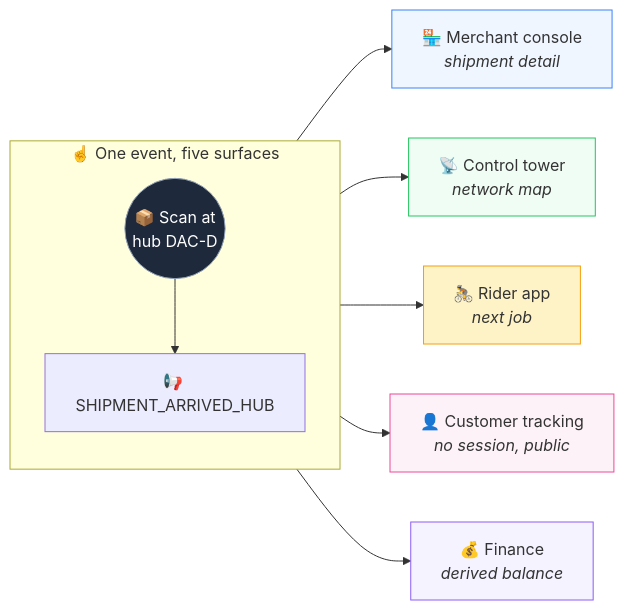
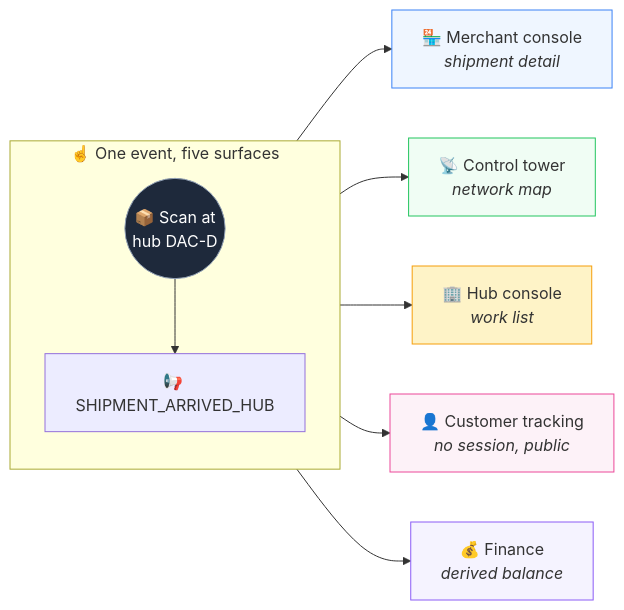
One commit to mahabubone/zipzap changed the first of 6 diagrams in README.md. Above: the diagram before and after it, drawn with Mermaid. The commit also changed other lines of this file and 159 other files, not shown here.

````diff
--- a/README.md
+++ b/README.md
@@ -43,21 +73,21 @@
 ```mermaid
 flowchart LR
     subgraph ONE["☝️ One event, five surfaces"]
         direction TB
         SCAN(("📦 Scan at<br/>hub DAC-D"))
         SCAN --> B["📢 SHIPMENT_ARRIVED_HUB"]
     end
 
     B --> M["🏪 Merchant console<br/><i>shipment detail</i>"]
     B --> O["📡 Control tower<br/><i>network map</i>"]
-    B --> R["🚴 Rider app<br/><i>next job</i>"]
+    B --> H["🏢 Hub console<br/><i>work list</i>"]
     B --> C["👤 Customer tracking<br/><i>no session, public</i>"]
     B --> F["💰 Finance<br/><i>derived balance</i>"]
 
     style SCAN fill:#1e293b,stroke:#94a3b8,color:#fff
     style M fill:#eff6ff,stroke:#3b82f6
     style O fill:#f0fdf4,stroke:#22c55e
-    style R fill:#fef3c7,stroke:#f59e0b
+    style H fill:#fef3c7,stroke:#f59e0b
     style C fill:#fdf2f8,stroke:#ec4899
     style F fill:#f5f3ff,stroke:#8b5cf6
 ```
````
